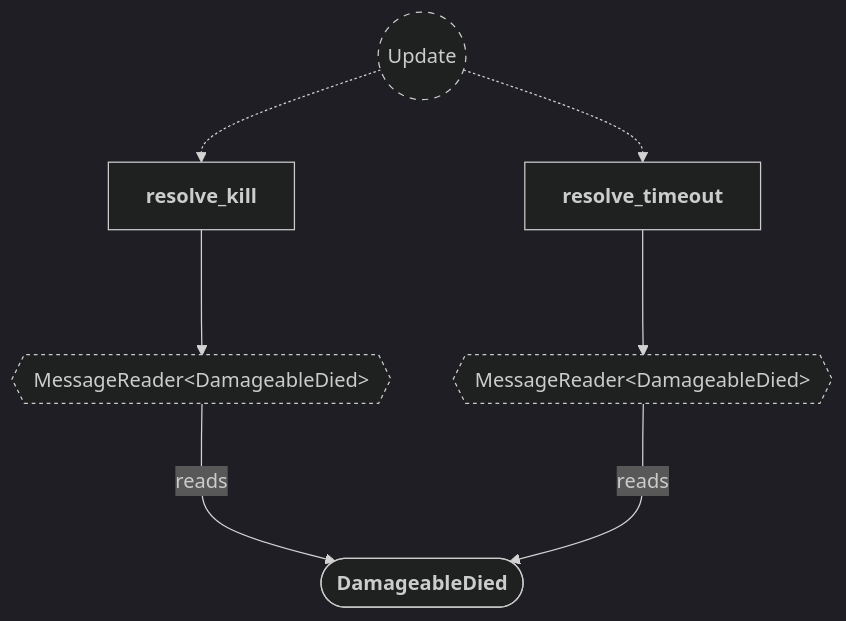
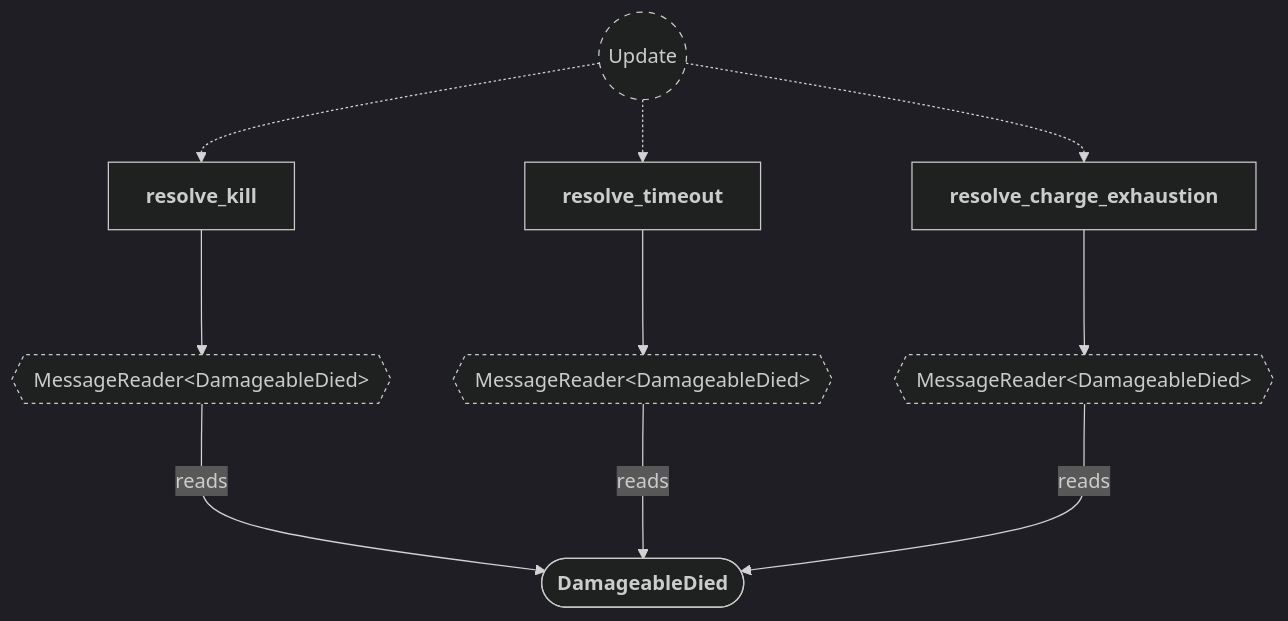
One commit to neurosoup/tyled changed the third of 9 diagrams in backlog/docs/doc-15 - 013-Round-plugin.md. Above: the diagram before and after it, drawn with Mermaid. The commit also changed other lines of this file and 1 other file, not shown here.

First line of the commit message:
Feat: end round on charge exhaustion with winner-by-standing resolution

````diff
--- a/backlog/docs/doc-15 - 013-Round-plugin.md
+++ b/backlog/docs/doc-15 - 013-Round-plugin.md
@@ -179,26 +190,31 @@
 ```mermaid
 ---
 config:
   theme: dark
 ---
 
 flowchart TD
 classDef system-group stroke-dasharray: 5 5
 classDef reader stroke-dasharray: 3 3
 
 update(("`Update`")):::system-group
 resolve_kill["`**resolve_kill**`"]
 resolve_timeout["`**resolve_timeout**`"]
+resolve_charge_exhaustion["`**resolve_charge_exhaustion**`"]
 
 update -.-> resolve_kill
 update -.-> resolve_timeout
+update -.-> resolve_charge_exhaustion
 
 resolve_kill_reader{{"MessageReader#60;DamageableDied#62;"}}:::reader
 resolve_timeout_reader{{"MessageReader#60;DamageableDied#62;"}}:::reader
+resolve_exhaustion_reader{{"MessageReader#60;DamageableDied#62;"}}:::reader
 resolve_kill ---> resolve_kill_reader
 resolve_timeout ---> resolve_timeout_reader
+resolve_charge_exhaustion ---> resolve_exhaustion_reader
 
 damageable_died_message(["`**DamageableDied**`"])
 resolve_kill_reader ---> |reads| damageable_died_message
 resolve_timeout_reader ---> |reads| damageable_died_message
+resolve_exhaustion_reader ---> |reads| damageable_died_message
 ```
````
